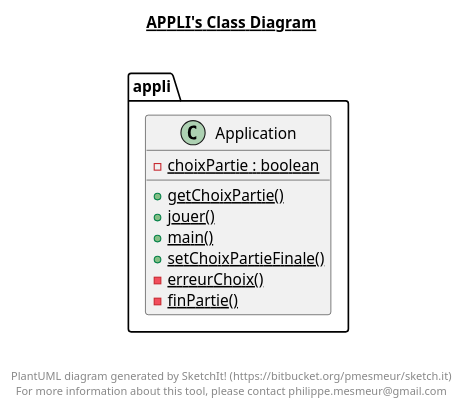
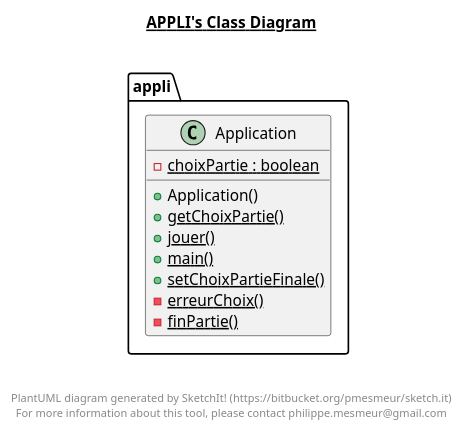
Before and after one commit to SofZOO/chess: the diagram in out/production/chess/appli/appli.plantuml, drawn with PlantUML. The commit also changed 10 other files, not shown here.

```diff
--- a/out/production/chess/appli/appli.plantuml
+++ b/out/production/chess/appli/appli.plantuml
@@ -1,27 +1,28 @@
 @startuml
 
 title __APPLI's Class Diagram__\n
 
   namespace appli {
     class appli.Application {
         {static} - choixPartie : boolean
+        + Application()
         {static} + getChoixPartie()
         {static} + jouer()
         {static} + main()
         {static} + setChoixPartieFinale()
         {static} - erreurChoix()
         {static} - finPartie()
     }
   }
   
 
 
 
 right footer
 
 
 PlantUML diagram generated by SketchIt! (https://bitbucket.org/pmesmeur/sketch.it)
 For more information about this tool, please contact philippe.mesmeur@gmail.com
 endfooter
 
 @enduml
```
